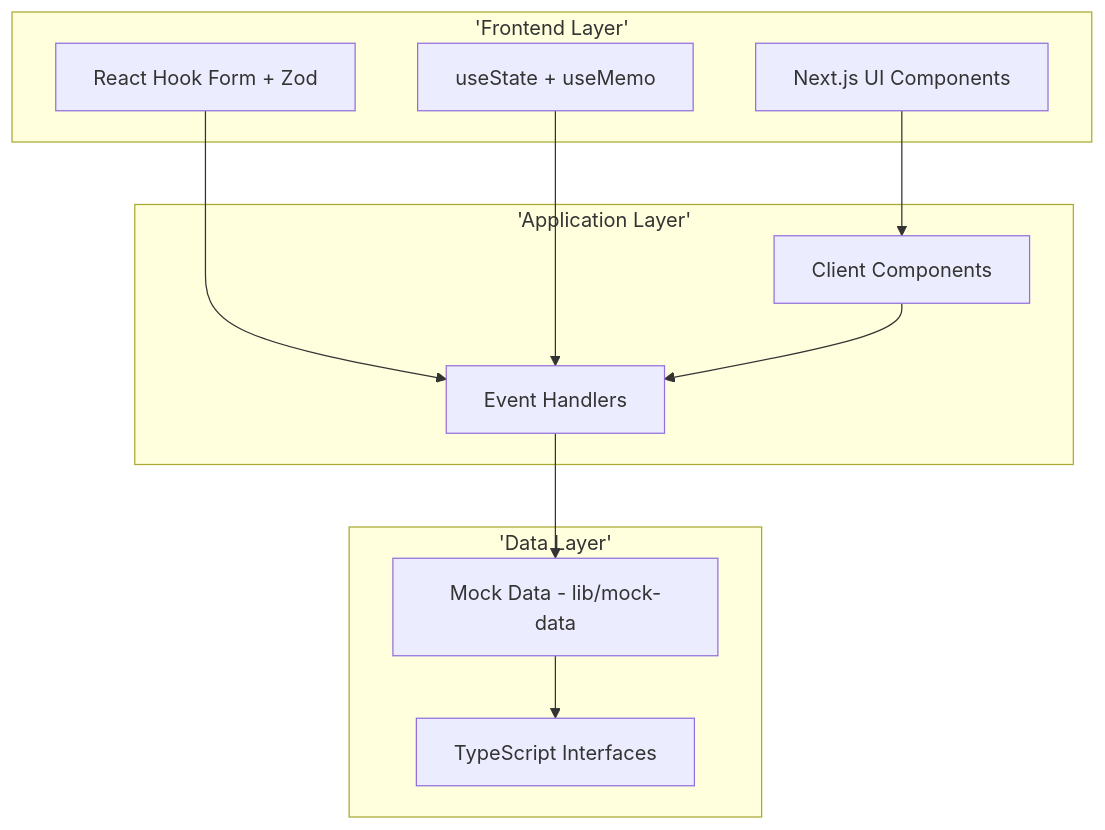
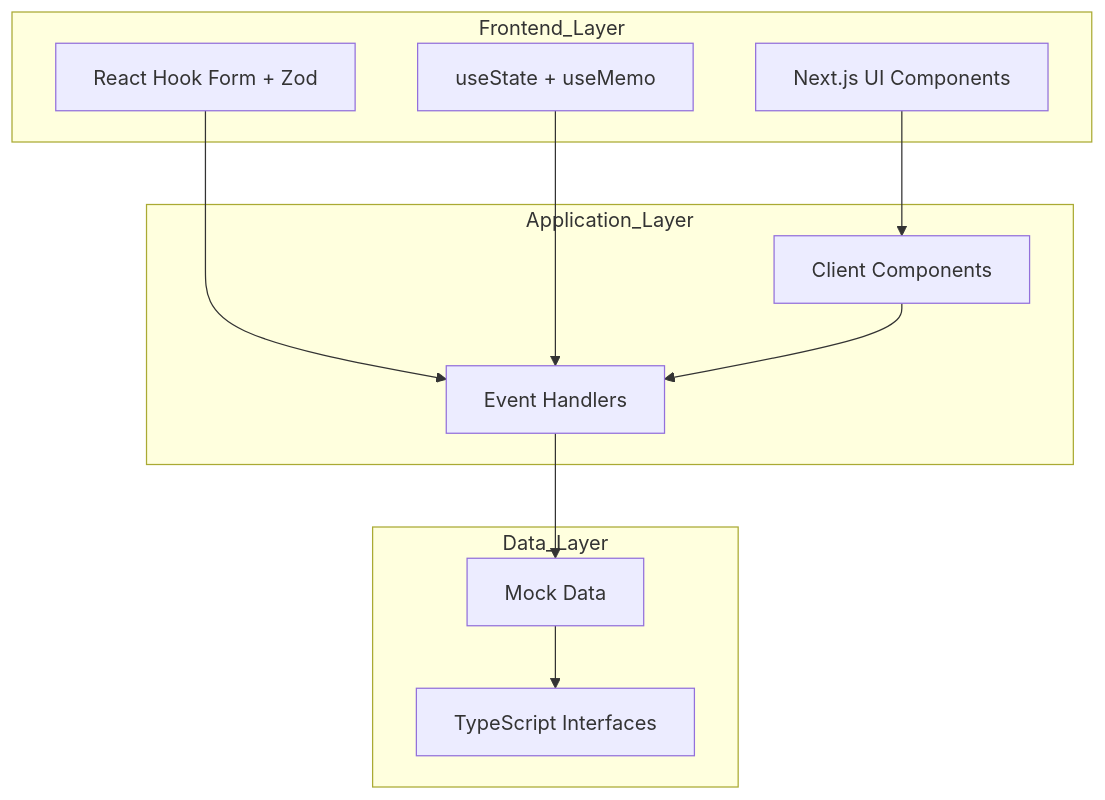
The first of 19 diagrams in docs/app/vendor-management/price-lists/FD-price-lists.md (PeakMNA/carmen), drawn with Mermaid before and after one commit. The commit also changed other lines of this file and 473 other files, not shown here.

````diff
--- a/docs/app/vendor-management/price-lists/FD-price-lists.md
+++ b/docs/app/vendor-management/price-lists/FD-price-lists.md
@@ -34,25 +35,25 @@
 ```mermaid
 graph TB
-    subgraph 'Frontend Layer'
+    subgraph Frontend_Layer
         UI[Next.js UI Components]
         Forms[React Hook Form + Zod]
         State[useState + useMemo]
     end
 
-    subgraph 'Application Layer'
+    subgraph Application_Layer
         Pages[Client Components]
         Actions[Event Handlers]
     end
 
-    subgraph 'Data Layer'
-        MockData[Mock Data - lib/mock-data]
+    subgraph Data_Layer
+        MockData[Mock Data]
         Types[TypeScript Interfaces]
     end
 
     UI --> Pages
     Forms --> Actions
     State --> Actions
     Pages --> Actions
     Actions --> MockData
     MockData --> Types
 ```
````
